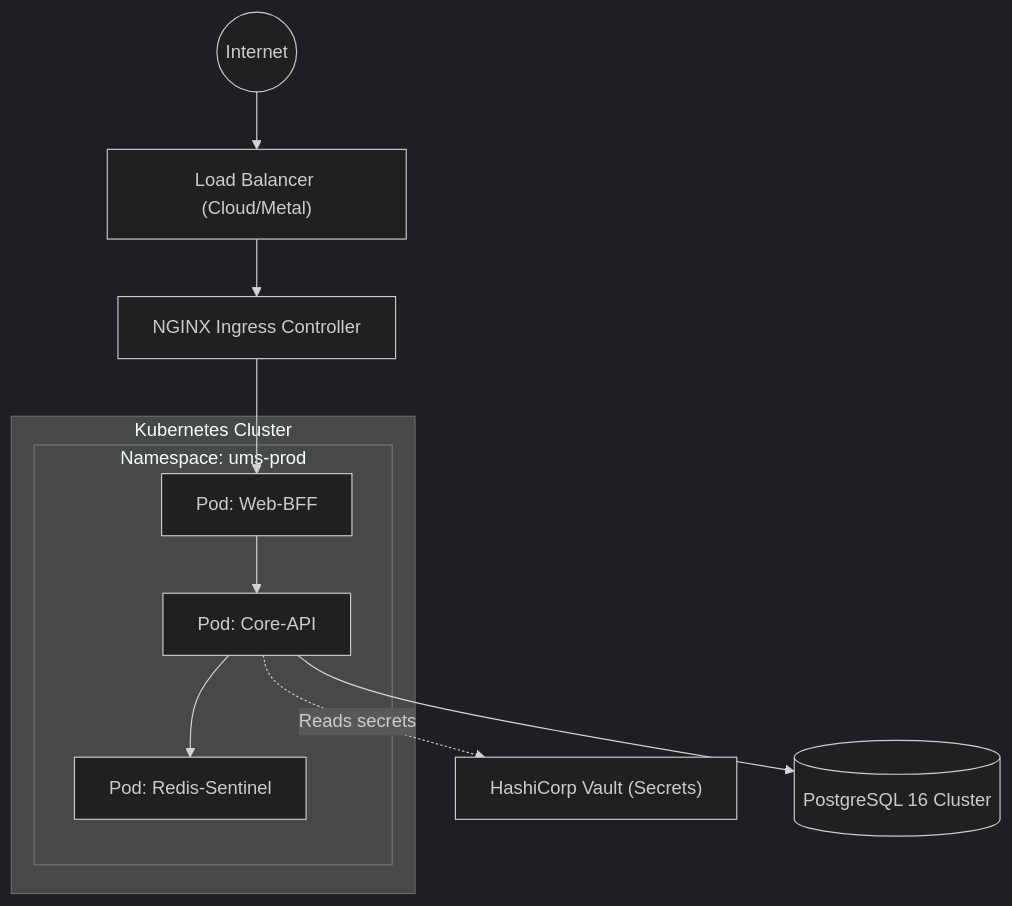
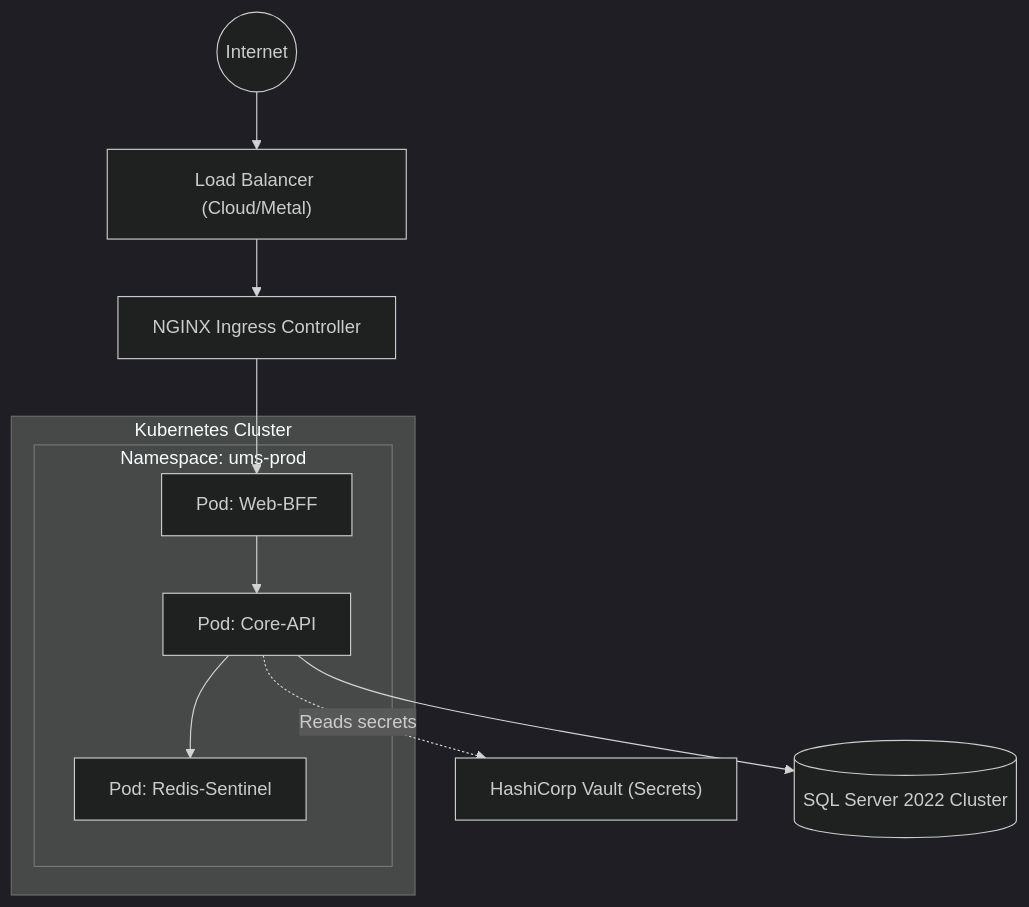
Before and after one commit to beyondnetcode/ums: the seventh of 7 diagrams in architecture/blueprints/architecture-spec.md, drawn with Mermaid (dark theme). The commit also changed other lines of this file and 8 other files, not shown here.

````diff
--- a/architecture/blueprints/architecture-spec.md
+++ b/architecture/blueprints/architecture-spec.md
@@ -336,25 +337,25 @@
 ```mermaid
 graph TD
-    Internet((Internet))
+    Internet(("Internet"))
     LB["Load Balancer (Cloud/Metal)"]
     Ingress["NGINX Ingress Controller"]
     Vault["HashiCorp Vault (Secrets)"]
     
     subgraph K8s["Kubernetes Cluster"]
         subgraph NS_UMS["Namespace: ums-prod"]
             BFF["Pod: Web-BFF"]
             API["Pod: Core-API"]
             Redis["Pod: Redis-Sentinel"]
         end
     end
 
-    DB[(PostgreSQL 16 Cluster)]
+    DB[("SQL Server 2022 Cluster")]
 
     Internet --> LB
     LB --> Ingress
     Ingress --> BFF
     BFF --> API
     API --> Redis
     API --> DB
-    API -.->|Reads secrets| Vault
+    API -.->|"Reads secrets"| Vault
 ```
````
